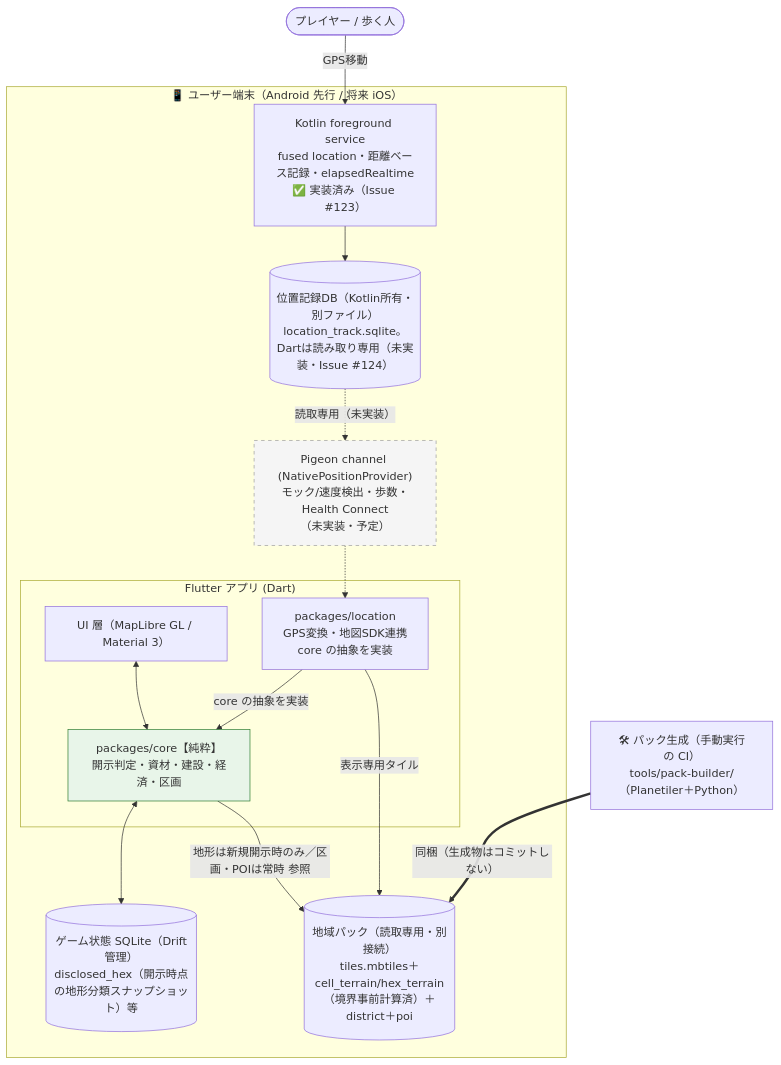
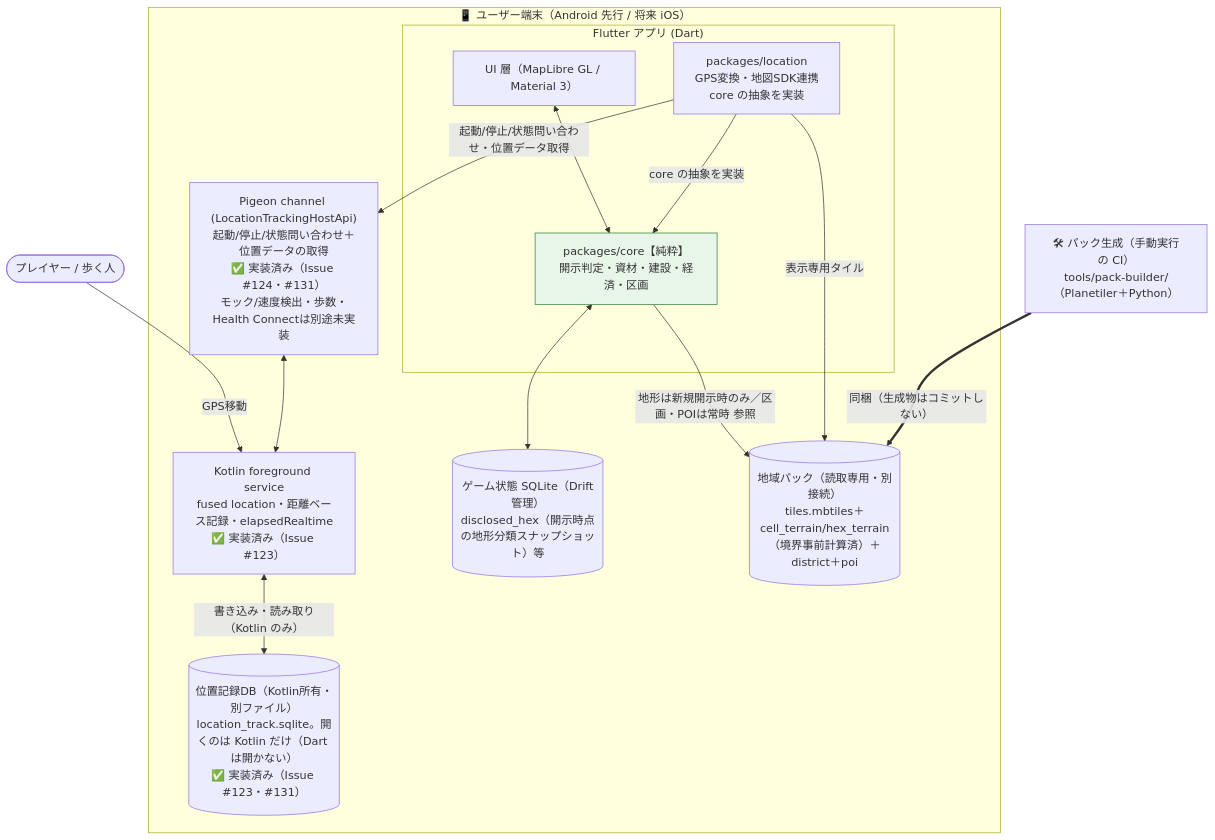
Before and after one commit to rokusoudo-product/terra-town: the diagram in README.md, drawn with Mermaid. The commit also changed other lines of this file and 23 other files, not shown here.

First line of the commit message:
[Impl] Pigeon で platform channel を定義し NativePositionProvider を実装する（T049・T050） (#129)

````diff
--- a/README.md
+++ b/README.md
@@ -34,35 +34,33 @@
 ```mermaid
 flowchart TB
     user([プレイヤー / 歩く人])
 
     subgraph device["📱 ユーザー端末（Android 先行 / 将来 iOS）"]
         subgraph flutter["Flutter アプリ (Dart)"]
             ui["UI 層（MapLibre GL / Material 3）"]
             core["packages/core【純粋】<br/>開示判定・資材・建設・経済・区画"]
             loc["packages/location<br/>GPS変換・地図SDK連携<br/>core の抽象を実装"]
         end
         fg["Kotlin foreground service<br/>fused location・距離ベース記録・elapsedRealtime<br/>✅ 実装済み（Issue #123）"]
-        pigeon["Pigeon channel (NativePositionProvider)<br/>モック/速度検出・歩数・Health Connect<br/>（未実装・予定）"]
+        pigeon["Pigeon channel (LocationTrackingHostApi)<br/>起動/停止/状態問い合わせ＋位置データの取得<br/>✅ 実装済み（Issue #124・#131）<br/>モック/速度検出・歩数・Health Connectは別途未実装"]
         gamedb[("ゲーム状態 SQLite（Drift管理）<br/>disclosed_hex（開示時点の地形分類スナップショット）等")]
-        trackdb[("位置記録DB（Kotlin所有・別ファイル）<br/>location_track.sqlite。Dartは読み取り専用（未実装・Issue #124）")]
+        trackdb[("位置記録DB（Kotlin所有・別ファイル）<br/>location_track.sqlite。開くのは Kotlin だけ（Dart は開かない）<br/>✅ 実装済み（Issue #123・#131）")]
         pack[("地域パック（読取専用・別接続）<br/>tiles.mbtiles＋cell_terrain/hex_terrain（境界事前計算済）＋district＋poi")]
     end
 
     ci["🛠 パック生成（手動実行の CI）<br/>tools/pack-builder/（Planetiler＋Python）"]
 
     user -->|GPS移動| fg
-    fg --> trackdb
-    trackdb -.読取専用（未実装）.-> pigeon
-    pigeon -.-> loc
+    fg <-->|書き込み・読み取り（Kotlin のみ）| trackdb
+    loc -->|起動/停止/状態問い合わせ・位置データ取得| pigeon
+    pigeon <--> fg
     ui <--> core
     loc -->|core の抽象を実装| core
     core <--> gamedb
     core -->|地形は新規開示時のみ／区画・POIは常時 参照| pack
     loc -->|表示専用タイル| pack
     ci ==>|同梱（生成物はコミットしない）| pack
 
     classDef pure fill:#e8f5e9,stroke:#2e7d32;
-    classDef planned stroke-dasharray: 5 5,fill:#f5f5f5,stroke:#9e9e9e;
     class core pure
-    class pigeon planned
 ```
````
